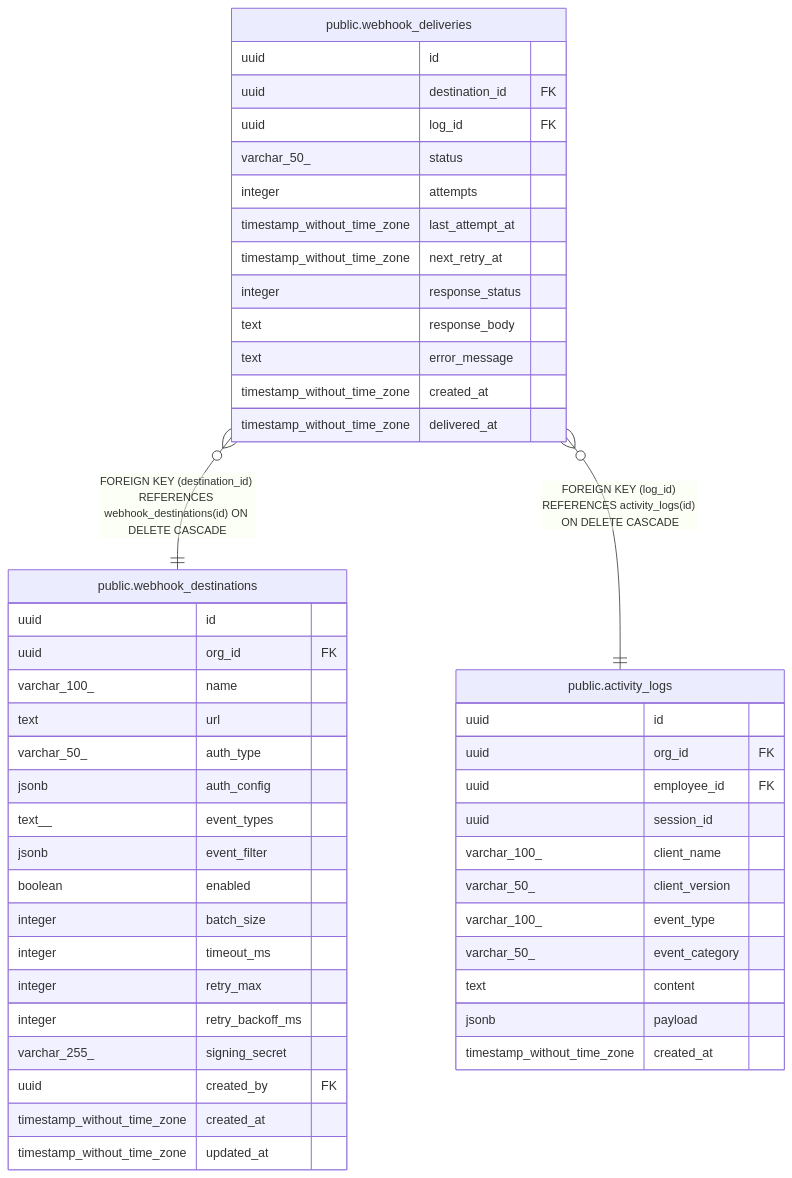
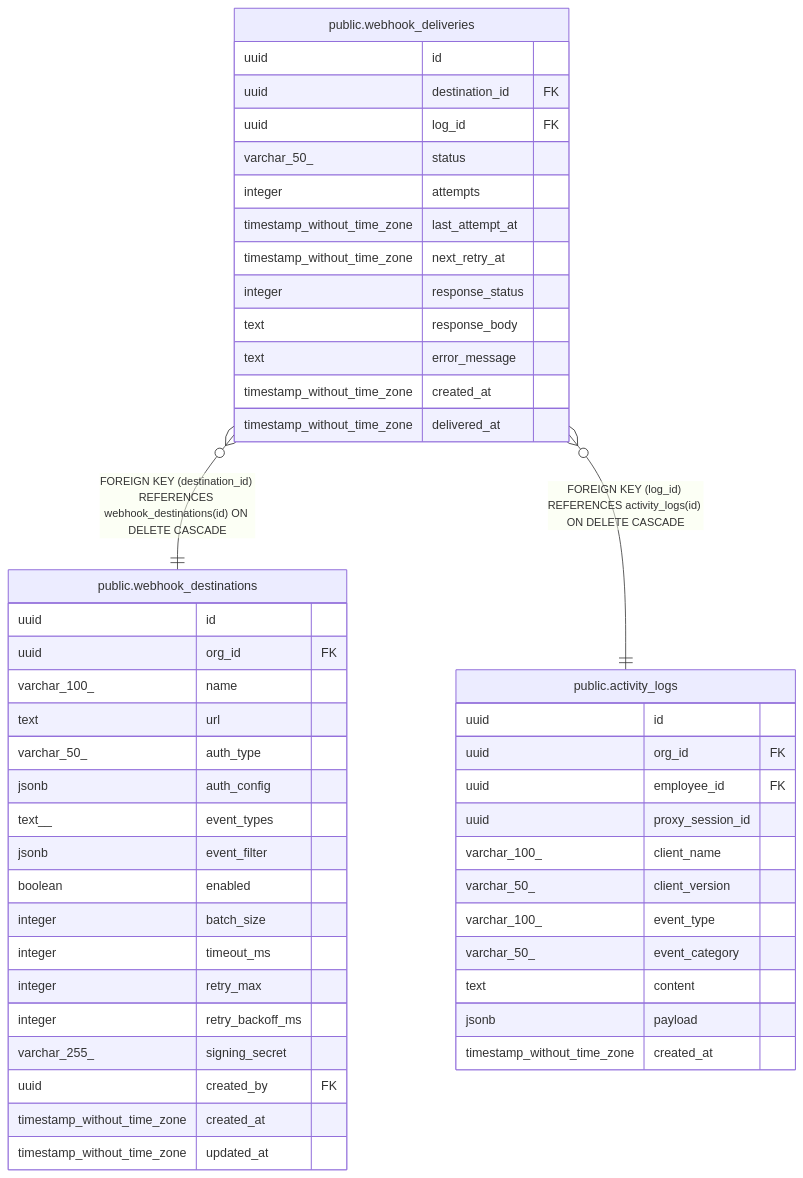
Before and after one commit to rastrigin-systems/arfa: the diagram in docs/database/public.webhook_deliveries.md, drawn with Mermaid. The commit also changed 53 other files, not shown here.

````diff
--- a/docs/database/public.webhook_deliveries.md
+++ b/docs/database/public.webhook_deliveries.md
@@ -44,53 +44,53 @@
 ```mermaid
 erDiagram
 
 "public.webhook_deliveries" }o--|| "public.webhook_destinations" : "FOREIGN KEY (destination_id) REFERENCES webhook_destinations(id) ON DELETE CASCADE"
 "public.webhook_deliveries" }o--|| "public.activity_logs" : "FOREIGN KEY (log_id) REFERENCES activity_logs(id) ON DELETE CASCADE"
 
 "public.webhook_deliveries" {
   uuid id
   uuid destination_id FK
   uuid log_id FK
   varchar_50_ status
   integer attempts
   timestamp_without_time_zone last_attempt_at
   timestamp_without_time_zone next_retry_at
   integer response_status
   text response_body
   text error_message
   timestamp_without_time_zone created_at
   timestamp_without_time_zone delivered_at
 }
 "public.webhook_destinations" {
   uuid id
   uuid org_id FK
   varchar_100_ name
   text url
   varchar_50_ auth_type
   jsonb auth_config
   text__ event_types
   jsonb event_filter
   boolean enabled
   integer batch_size
   integer timeout_ms
   integer retry_max
   integer retry_backoff_ms
   varchar_255_ signing_secret
   uuid created_by FK
   timestamp_without_time_zone created_at
   timestamp_without_time_zone updated_at
 }
 "public.activity_logs" {
   uuid id
   uuid org_id FK
   uuid employee_id FK
-  uuid session_id
+  uuid proxy_session_id
   varchar_100_ client_name
   varchar_50_ client_version
   varchar_100_ event_type
   varchar_50_ event_category
   text content
   jsonb payload
   timestamp_without_time_zone created_at
 }
 ```
````
